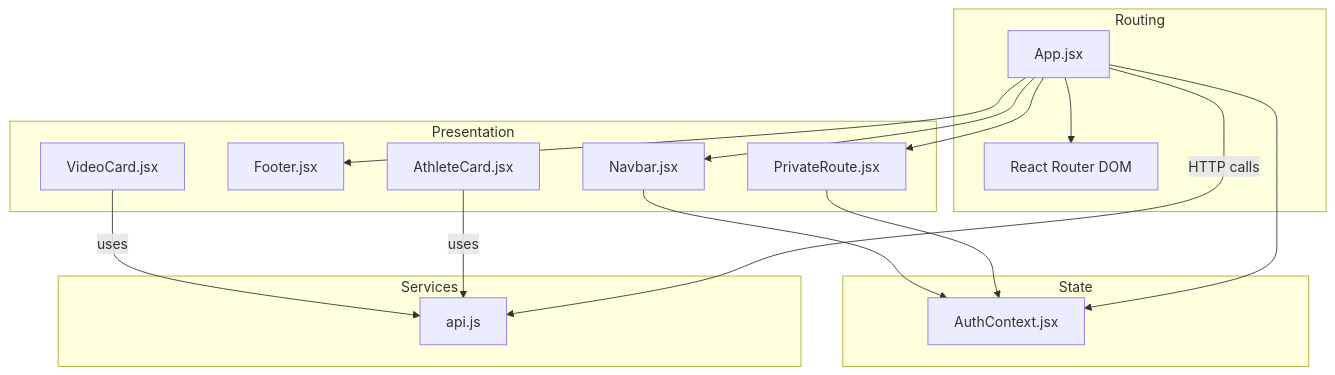
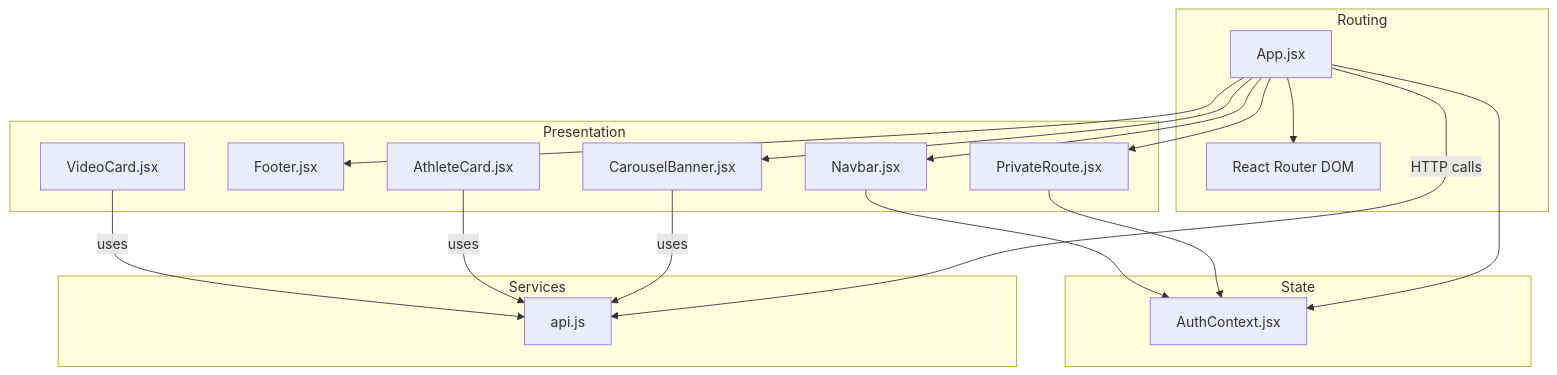
One commit to Alexandrexicara/craque-vision changed the second of 8 diagrams in .qoder/repowiki/en/content/Frontend Application/Frontend Application.md. Above: the diagram before and after it, drawn with Mermaid. The commit also changed other lines of this file and 5 other files, not shown here.

````diff
--- a/.qoder/repowiki/en/content/Frontend Application/Frontend Application.md
+++ b/.qoder/repowiki/en/content/Frontend Application/Frontend Application.md
@@ -125,30 +147,33 @@
 ```mermaid
 graph TB
 subgraph "Presentation"
 Nav["Navbar.jsx"]
 Foot["Footer.jsx"]
 VCard["VideoCard.jsx"]
 ACard["AthleteCard.jsx"]
+CBanner["CarouselBanner.jsx"]
 PR["PrivateRoute.jsx"]
 end
 subgraph "Routing"
 Router["React Router DOM"]
 AppComp["App.jsx"]
 end
 subgraph "State"
 AuthCtx["AuthContext.jsx"]
 end
 subgraph "Services"
 API["api.js"]
 end
 Nav --> AuthCtx
 PR --> AuthCtx
 AppComp --> Router
 AppComp --> AuthCtx
 AppComp --> PR
 AppComp --> Nav
 AppComp --> Foot
+AppComp --> CBanner
 VCard --> |"uses"| API
 ACard --> |"uses"| API
+CBanner --> |"uses"| API
 AppComp --> |"HTTP calls"| API
 ```
````
